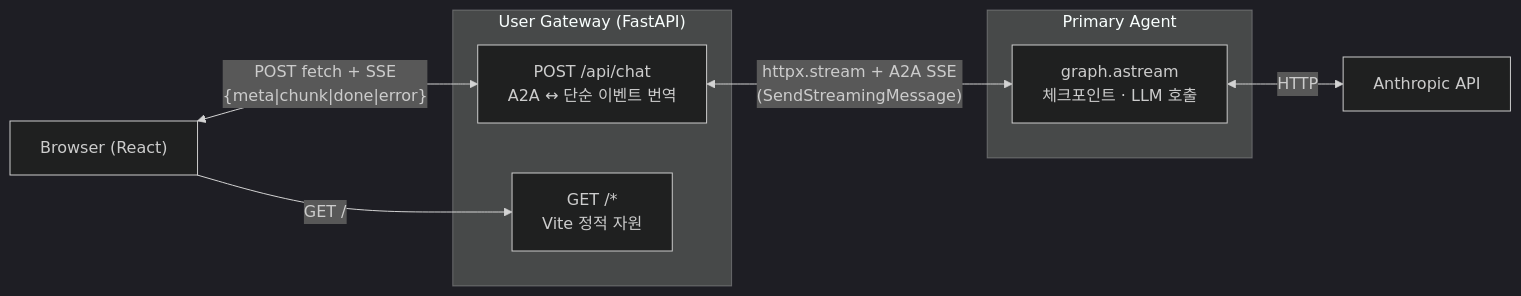
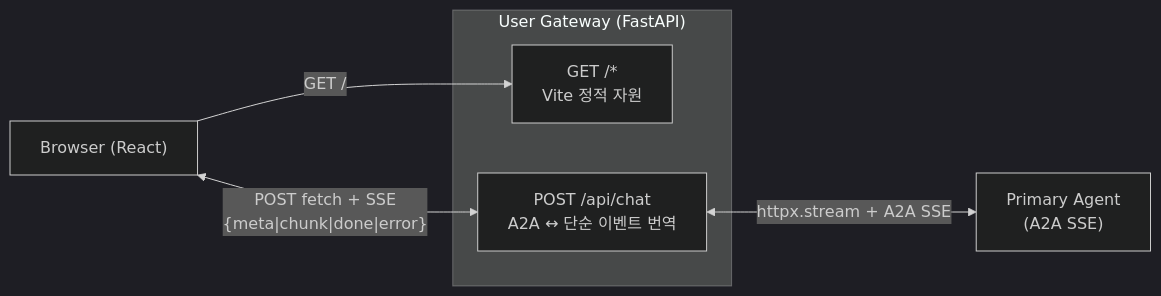
Before and after one commit to vonkernel/dev-team: the diagram in user-gateway/docs/sse.md, drawn with Mermaid (dark theme). The commit also changed other lines of this file, not shown here.

First line of the commit message:
docs(user-gateway): scope sse.md to UG-only concerns (#7)

````diff
--- a/user-gateway/docs/sse.md
+++ b/user-gateway/docs/sse.md
@@ -22,17 +15,13 @@
 ```mermaid
 flowchart LR
     B["Browser (React)"]
     subgraph UG["User Gateway (FastAPI)"]
+        Static["GET /*<br/>Vite 정적 자원"]
         API["POST /api/chat<br/>A2A ↔ 단순 이벤트 번역"]
-        Static["GET /*<br/>Vite 정적 자원"]
     end
-    subgraph P["Primary Agent"]
-        Graph["graph.astream<br/>체크포인트 · LLM 호출"]
-    end
-    Anthropic["Anthropic API"]
+    Primary["Primary Agent<br/>(A2A SSE)"]
 
     B -->|GET /| Static
     B <-->|"POST fetch + SSE<br/>{meta|chunk|done|error}"| API
-    API <-->|"httpx.stream + A2A SSE<br/>(SendStreamingMessage)"| Graph
-    Graph <-->|HTTP| Anthropic
+    API <-->|"httpx.stream + A2A SSE"| Primary
 ```
````
